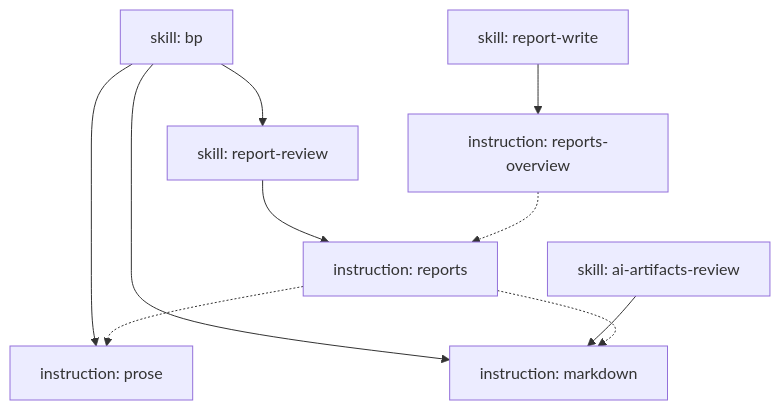
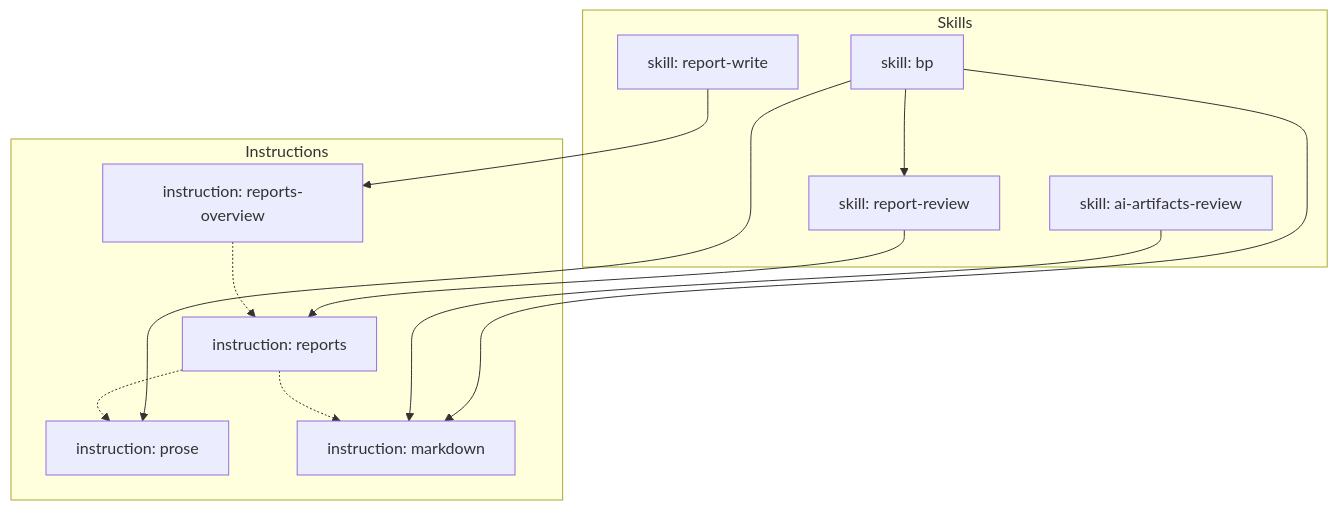
One commit to SavenkovIgor/railing changed the diagram in README.md. Above: the diagram before and after it, drawn with Mermaid.

Commit message:
Group skills and instructions into subgraphs in the link diagram
Claude-Session: https://claude.ai/code/session_01D7k67NntLk5LRZnd7f2ka9

````diff
--- a/README.md
+++ b/README.md
@@ -40,21 +40,26 @@
 ```mermaid
 flowchart TD
-    BP["skill: bp"]
-    RR["skill: report-review"]
-    RW["skill: report-write"]
-    AAR["skill: ai-artifacts-review"]
-    REP["instruction: reports"]
-    RO["instruction: reports-overview"]
-    PR["instruction: prose"]
-    MD["instruction: markdown"]
+    subgraph SK["Skills"]
+        BP["skill: bp"]
+        RR["skill: report-review"]
+        RW["skill: report-write"]
+        AAR["skill: ai-artifacts-review"]
+    end
+
+    subgraph IN["Instructions"]
+        REP["instruction: reports"]
+        RO["instruction: reports-overview"]
+        PR["instruction: prose"]
+        MD["instruction: markdown"]
+    end
 
     BP --> RR
     BP --> PR
     BP --> MD
     RR --> REP
     RW --> RO
     AAR --> MD
     RO -.-> REP
     REP -.-> PR
     REP -.-> MD
 ```
````
